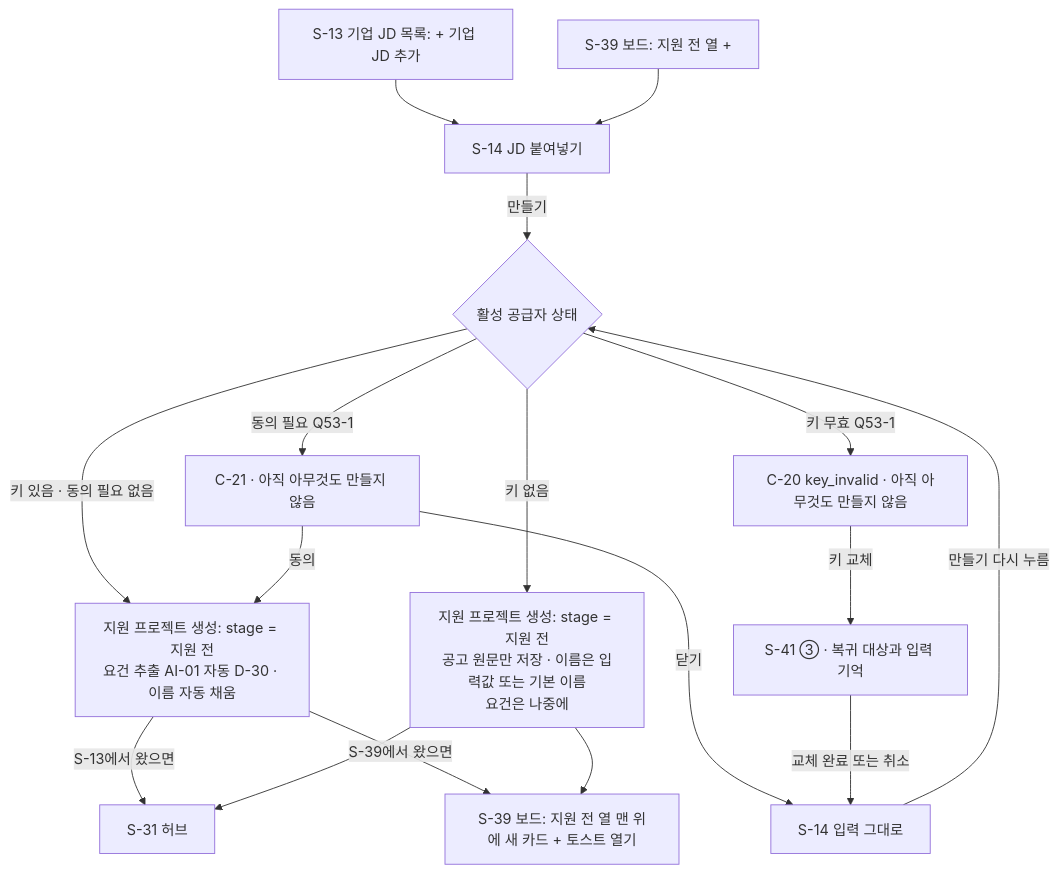
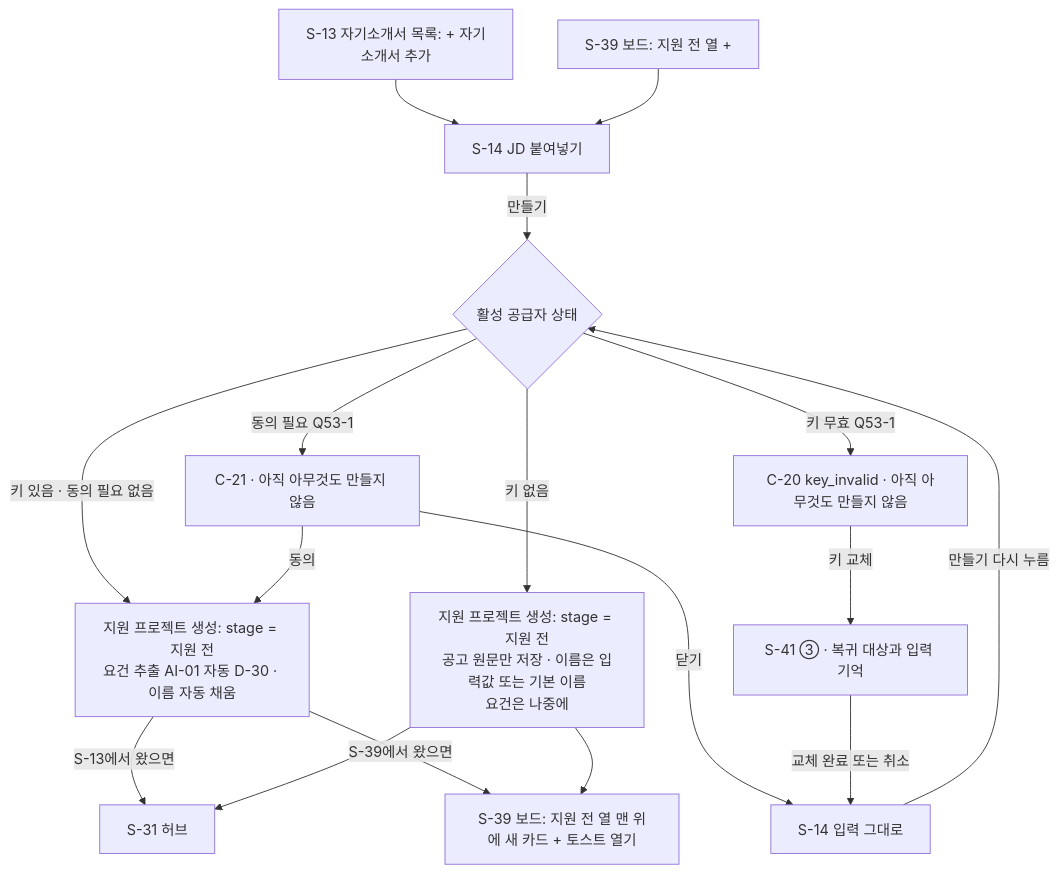
One commit to j-hyunn/resumate changed the fifth of 20 diagrams in docs/planning/02-user-flows.md. Above: the diagram before and after it, drawn with Mermaid. The commit also changed other lines of this file and 11 other files, not shown here.

````diff
--- a/docs/planning/02-user-flows.md
+++ b/docs/planning/02-user-flows.md
@@ -309,19 +328,19 @@
 ```mermaid
 flowchart TD
-  A[S-13 기업 JD 목록: + 기업 JD 추가] --> B[S-14 JD 붙여넣기]
+  A[S-13 자기소개서 목록: + 자기소개서 추가] --> B[S-14 JD 붙여넣기]
   A2[S-39 보드: 지원 전 열 +] --> B
   B -->|만들기| K{활성 공급자 상태}
   K -->|키 있음 · 동의 필요 없음| C[지원 프로젝트 생성: stage = 지원 전<br/>요건 추출 AI-01 자동 D-30 · 이름 자동 채움]
   K -->|키 없음| C0[지원 프로젝트 생성: stage = 지원 전<br/>공고 원문만 저장 · 이름은 입력값 또는 기본 이름<br/>요건은 나중에]
   K -->|동의 필요 Q53-1| CN[C-21 · 아직 아무것도 만들지 않음]
   CN -->|동의| C
   CN -->|닫기| B1[S-14 입력 그대로]
   K -->|키 무효 Q53-1| KI[C-20 key_invalid · 아직 아무것도 만들지 않음]
   KI -->|키 교체| KR[S-41 ③ · 복귀 대상과 입력 기억]
   KR -->|교체 완료 또는 취소| B1
   B1 -->|만들기 다시 누름| K
   C -->|S-13에서 왔으면| D[S-31 허브]
   C -->|S-39에서 왔으면| E[S-39 보드: 지원 전 열 맨 위에 새 카드 + 토스트 열기]
   C0 --> D
   C0 --> E
 ```
````
